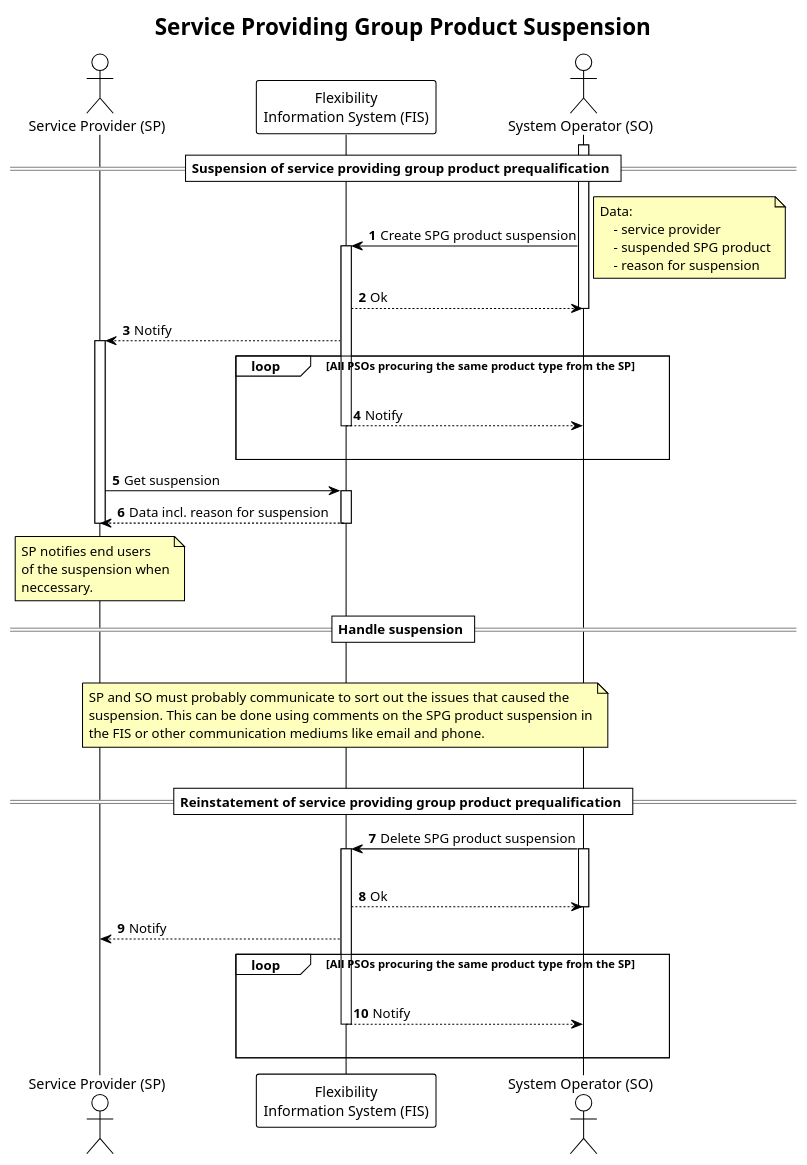
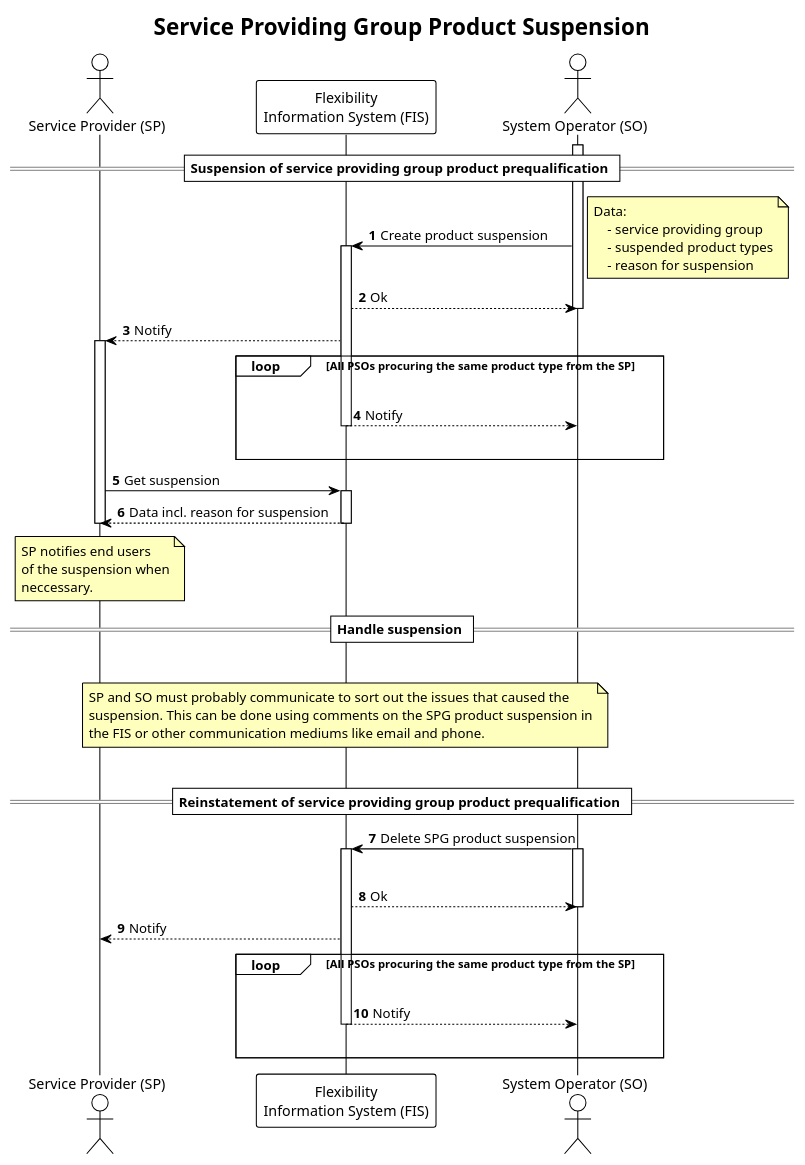
One commit to elhub/flex-information-system changed the diagram in docs/diagrams/service_providing_group_product_suspension.plantuml. Above: the diagram before and after it, drawn with PlantUML. The commit also changed 3 other files, not shown here.

Commit message:
fix: name in index, SP P suspension png, SPG P suspension  png not finished

```diff
--- a/docs/diagrams/service_providing_group_product_suspension.plantuml
+++ b/docs/diagrams/service_providing_group_product_suspension.plantuml
@@ -1,79 +1,79 @@
 @startuml service_providing_group_product_suspension
 
 !theme plain
 
 title Service Providing Group Product Suspension
 
 autonumber
 skinparam note {
     BackgroundColor #FFFFBD
 }
 
 actor "Service Provider (SP)" as SP
 participant "Flexibility\nInformation System (FIS)" as FIS
 actor "System Operator (SO)" as SO
 
 == Suspension of service providing group product prequalification ==
 
 activate SO
-SO -> FIS: Create SPG product suspension
+SO -> FIS: Create product suspension
 
 note right
     Data:
-        - service provider
-        - suspended SPG product
+        - service providing group
+        - suspended product types
         - reason for suspension
 end note
 
 activate FIS
 
 FIS --> SO: Ok
 deactivate SO
 FIS --> SP: Notify
 activate SP
 loop All PSOs procuring the same product type from the SP
     |||
     FIS --> SO: Notify
     deactivate FIS
     |||
 end
 
 SP -> FIS: Get suspension
 activate FIS
 FIS --> SP: Data incl. reason for suspension
 deactivate FIS
 
 note over SP
     SP notifies end users
     of the suspension when
     neccessary.
 end note
 
 
 == Handle suspension ==
 |||
 note over FIS
     SP and SO must probably communicate to sort out the issues that caused the
     suspension. This can be done using comments on the SPG product suspension in
     the FIS or other communication mediums like email and phone.
 end note
 |||
 deactivate SP
 == Reinstatement of service providing group product prequalification ==
 
 SO -> FIS: Delete SPG product suspension
 activate SO
 |||
 activate FIS
 FIS --> SO: Ok
 deactivate SO
 FIS --> SP: Notify
 
 loop All PSOs procuring the same product type from the SP
     |||
     FIS --> SO: Notify
     deactivate FIS
     |||
 end
 
 @enduml
```
